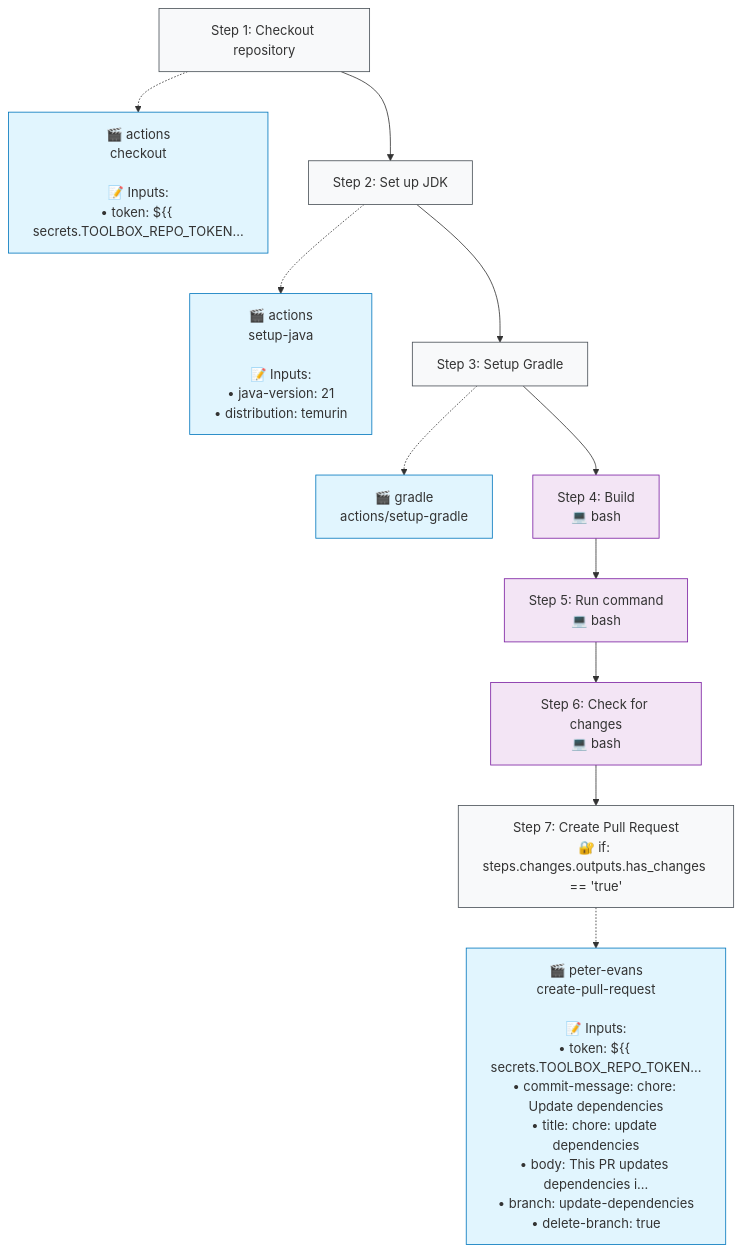
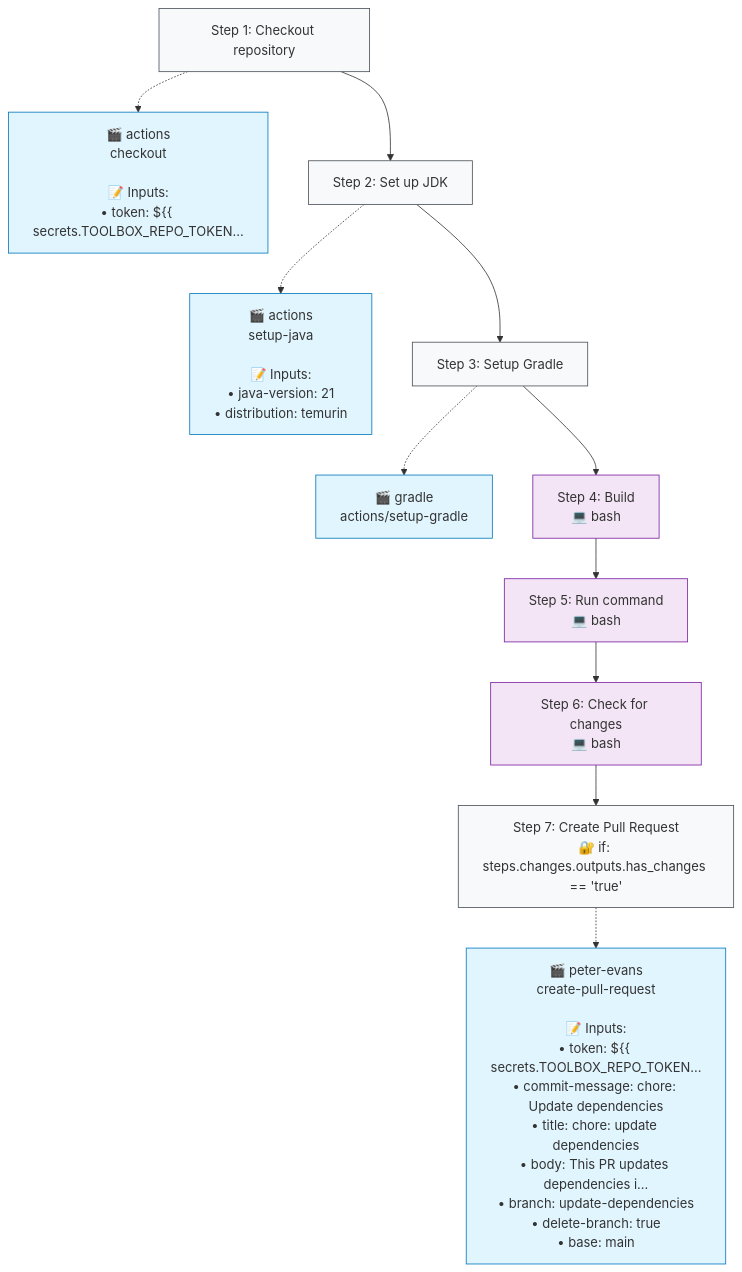
The second of 2 diagrams in .github/typeflows/update-dependencies/README.md (http4k/typeflows), drawn with Mermaid before and after one commit. The commit also changed 4 other files, not shown here.

Commit message:
Require `baseBranch` for `UpdateGradleProjectDependencies` to set the target branch of PRs

````diff
--- a/.github/typeflows/update-dependencies/README.md
+++ b/.github/typeflows/update-dependencies/README.md
@@ -24,36 +24,36 @@
 ```mermaid
 %%{init: {"flowchart": {"curve": "basis"}}}%%
 flowchart TD
     step1["Step 1: Checkout repository"]
     style step1 fill:#f8f9fa,stroke:#495057
     action1["🎬 actions<br/>checkout<br/><br/>📝 Inputs:<br/>• token: ${{ secrets.TOOLBOX_REPO_TOKEN..."]
     style action1 fill:#e1f5fe,stroke:#0277bd
     step1 -.-> action1
     step2["Step 2: Set up JDK"]
     style step2 fill:#f8f9fa,stroke:#495057
     action2["🎬 actions<br/>setup-java<br/><br/>📝 Inputs:<br/>• java-version: 21<br/>• distribution: temurin"]
     style action2 fill:#e1f5fe,stroke:#0277bd
     step2 -.-> action2
     step1 --> step2
     step3["Step 3: Setup Gradle"]
     style step3 fill:#f8f9fa,stroke:#495057
     action3["🎬 gradle<br/>actions/setup-gradle"]
     style action3 fill:#e1f5fe,stroke:#0277bd
     step3 -.-> action3
     step2 --> step3
     step4["Step 4: Build<br/>💻 bash"]
     style step4 fill:#f3e5f5,stroke:#7b1fa2
     step3 --> step4
     step5["Step 5: Run command<br/>💻 bash"]
     style step5 fill:#f3e5f5,stroke:#7b1fa2
     step4 --> step5
     step6["Step 6: Check for changes<br/>💻 bash"]
     style step6 fill:#f3e5f5,stroke:#7b1fa2
     step5 --> step6
     step7["Step 7: Create Pull Request<br/>🔐 if: steps.changes.outputs.has_changes == 'true'"]
     style step7 fill:#f8f9fa,stroke:#495057
-    action7["🎬 peter-evans<br/>create-pull-request<br/><br/>📝 Inputs:<br/>• token: ${{ secrets.TOOLBOX_REPO_TOKEN...<br/>• commit-message: chore: Update dependencies<br/>• title: chore: update dependencies<br/>• body: This PR updates dependencies i...<br/>• branch: update-dependencies<br/>• delete-branch: true"]
+    action7["🎬 peter-evans<br/>create-pull-request<br/><br/>📝 Inputs:<br/>• token: ${{ secrets.TOOLBOX_REPO_TOKEN...<br/>• commit-message: chore: Update dependencies<br/>• title: chore: update dependencies<br/>• body: This PR updates dependencies i...<br/>• branch: update-dependencies<br/>• delete-branch: true<br/>• base: main"]
     style action7 fill:#e1f5fe,stroke:#0277bd
     step7 -.-> action7
     step6 --> step7
 ```
````
